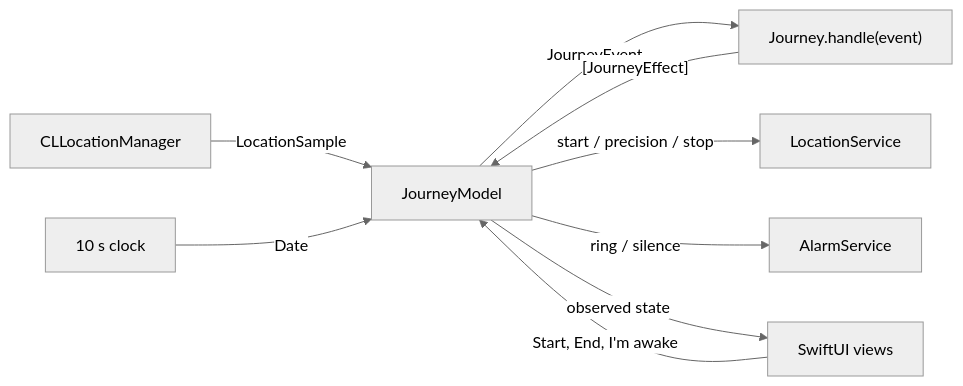
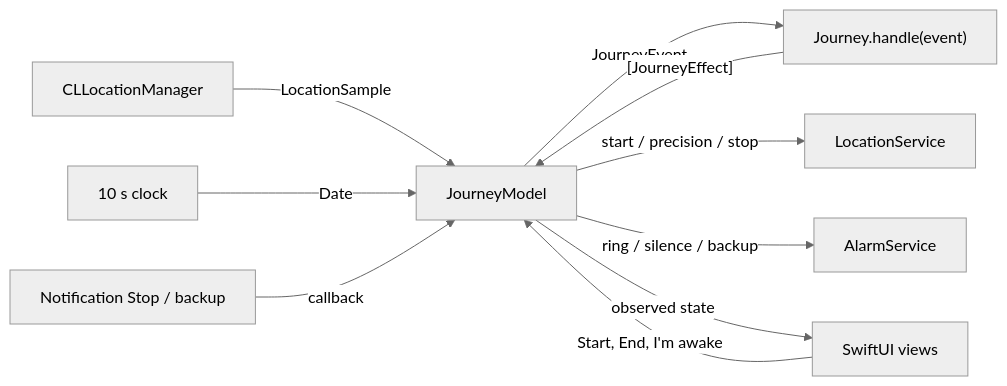
One commit to ardakaan78715-gif/destination-arrival changed the diagram in README.md. Above: the diagram before and after it, drawn with Mermaid (neutral theme). The commit also changed other lines of this file and 23 other files, not shown here.

First line of the commit message:
Wake the traveller with a locked phone and a backup alarm

````diff
--- a/README.md
+++ b/README.md
@@ -117,11 +142,12 @@
 ```mermaid
 flowchart LR
     GPS["CLLocationManager"] -->|LocationSample| Model["JourneyModel"]
     Clock["10 s clock"] -->|Date| Model
     Views["SwiftUI views"] -->|"Start, End, I'm awake"| Model
+    Notifications["Notification Stop / backup"] -->|callback| Model
     Model -->|JourneyEvent| Reducer["Journey.handle(event)"]
     Reducer -->|"[JourneyEffect]"| Model
     Model -->|"start / precision / stop"| Location["LocationService"]
-    Model -->|"ring / silence"| Alarm["AlarmService"]
+    Model -->|"ring / silence / backup"| Alarm["AlarmService"]
     Model -->|"observed state"| Views
 ```
````
